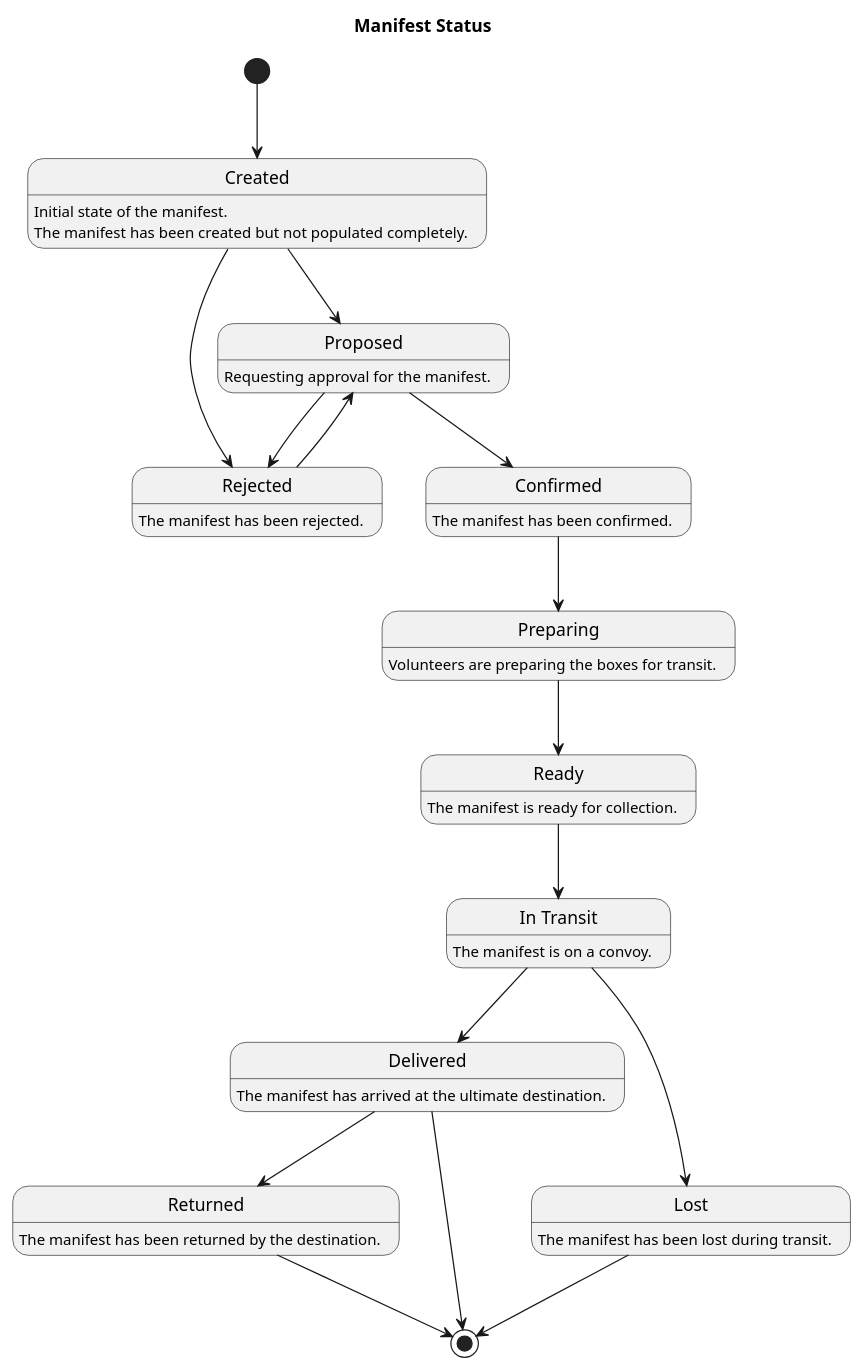
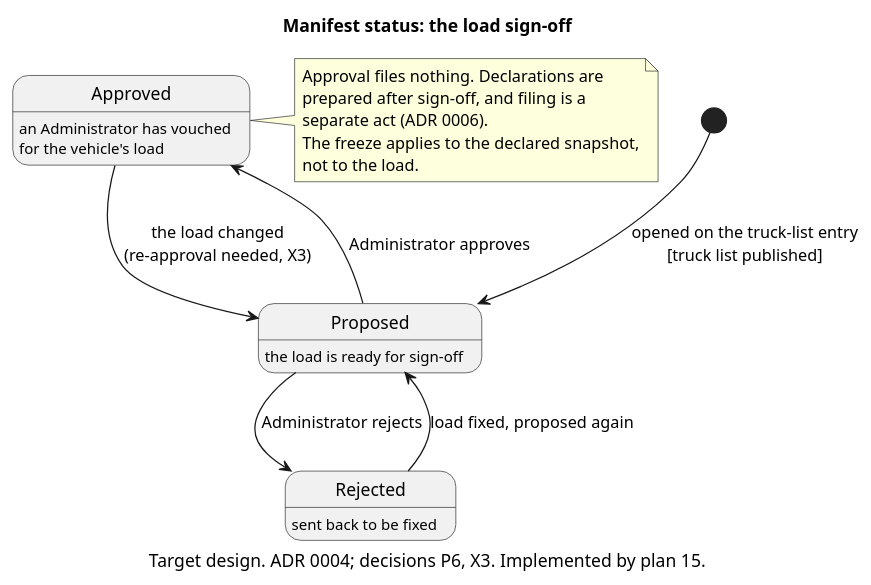
Before and after one commit to TheLastColonial/UA.Action.Freedom: the diagram in docs/manifest-status.puml, drawn with PlantUML. The commit also changed 88 other files, not shown here.

Commit message:
Update Definition and Diagrams (#27)

```diff
--- a/docs/manifest-status.puml
+++ b/docs/manifest-status.puml
@@ -1,32 +1,33 @@
 @startuml Manifest Status
 
-title Manifest Status
+' TARGET DESIGN (ADR 0004, decisions P6 and X3).
+' The manifest is the Administrator's sign-off of one vehicle's load, plus the document pack generated
+' from the load and its declarations. Cargo, ferry, declarations and delivery state have moved elsewhere:
+' see docs/states/ for the box, convoy, truck-list entry and declaration lifecycles.
+'
+' The code still implements the earlier ten-state model (Created, Proposed, Rejected, Confirmed,
+' Preparing, Ready, InTransit, Delivered, Lost, Returned) until docs/plans/15-manifest-signoff-lifecycle.md
+' merges. That version of this file is in git history at commit f659eed.
 
-state "Created" as Created : Initial state of the manifest. \nThe manifest has been created but not populated completely.
-state "Proposed" as Proposed : Requesting approval for the manifest.
-state "Rejected" as Rejected : The manifest has been rejected.
-state "Confirmed" as Confirmed : The manifest has been confirmed.
-state "Preparing" as Preparing : Volunteers are preparing the boxes for transit.
-state "Ready" as Ready : The manifest is ready for collection.
-state "In Transit" as InTransit : The manifest is on a convoy.
-state "Delivered" as Delivered : The manifest has arrived at the ultimate destination.
-state "Lost" as Lost : The manifest has been lost during transit.
-state "Returned" as Returned : The manifest has been returned by the destination.
+title Manifest status: the load sign-off
+caption Target design. ADR 0004; decisions P6, X3. Implemented by plan 15.
 
-[*] --> Created
-Created --> Proposed
-Created --> Rejected
-Proposed --> Rejected
-Rejected --> Proposed
-Proposed --> Confirmed
-Confirmed --> Preparing
-Preparing --> Ready
-Ready --> InTransit
-InTransit --> Delivered
-InTransit --> Lost
-Delivered --> Returned
-Lost -->[*]
-Returned -->[*]
-Delivered -->[*]
+state "Proposed" as Proposed : the load is ready for sign-off
+state "Approved" as Approved : an Administrator has vouched\nfor the vehicle's load
+state "Rejected" as Rejected : sent back to be fixed
+
+[*] --> Proposed : opened on the truck-list entry\n[truck list published]
+Proposed --> Approved : Administrator approves
+Proposed --> Rejected : Administrator rejects
+Rejected --> Proposed : load fixed, proposed again
+Approved --> Proposed : the load changed\n(re-approval needed, X3)
+
+note right of Approved
+  Approval files nothing. Declarations are
+  prepared after sign-off, and filing is a
+  separate act (ADR 0006).
+  The freeze applies to the declared snapshot,
+  not to the load.
+end note
 
 @enduml
```
